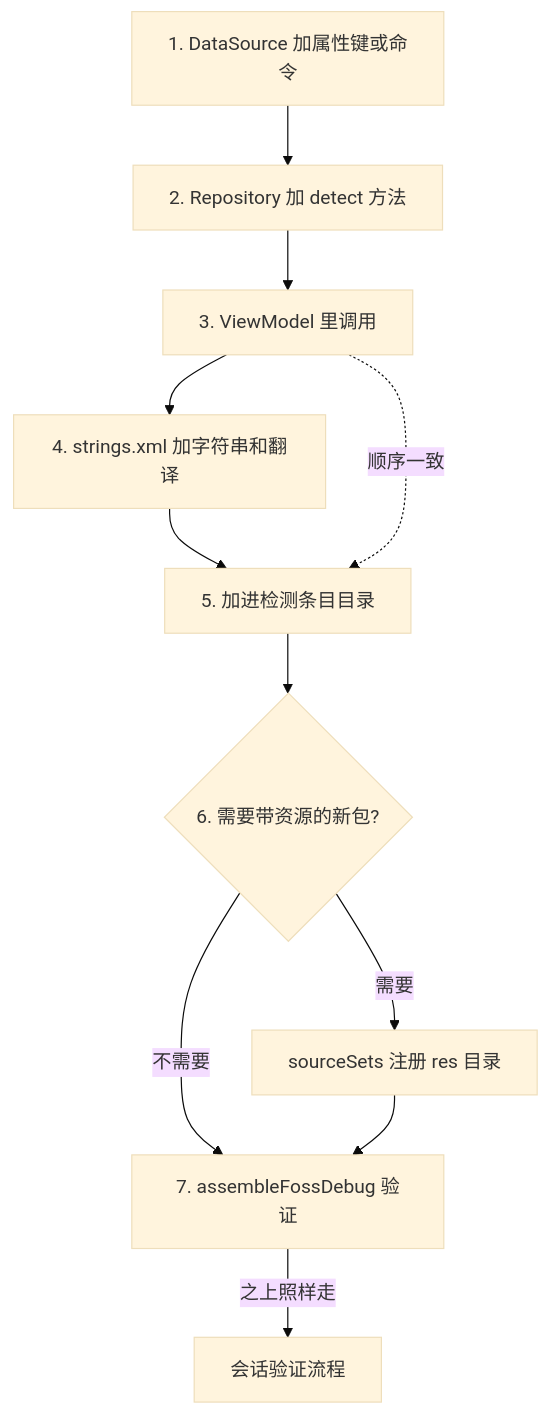
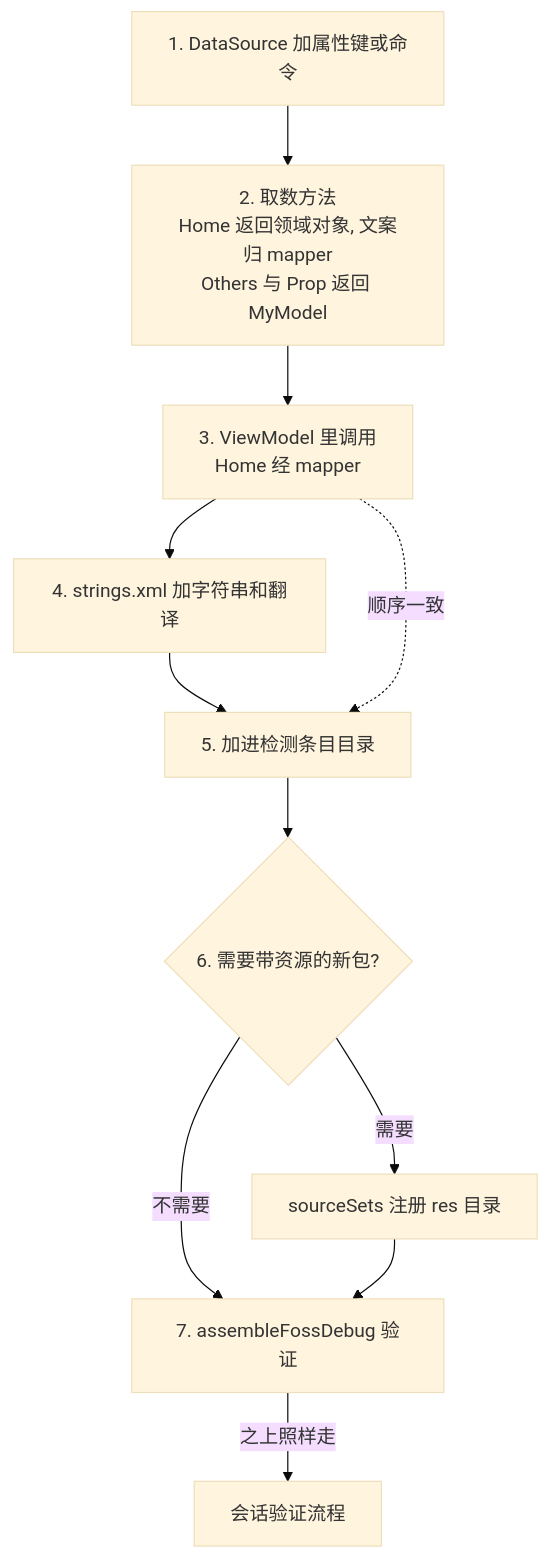
The diagram in docs/agents-cn/06-检测条目.md (imknown/AndroidLowLevelDetector), drawn with Mermaid (base theme) before and after one commit. The commit also changed other lines of this file and 1 other file, not shown here.

First line of the commit message:
docs(agents): split the detection-entry flow by page in 06

````diff
--- a/docs/agents-cn/06-检测条目.md
+++ b/docs/agents-cn/06-检测条目.md
@@ -24,13 +32,13 @@
 ```mermaid
 flowchart TD
-    S1[1. DataSource 加属性键或命令] --> S2[2. Repository 加 detect 方法]
-    S2 --> S3[3. ViewModel 里调用]
+    S1[1. DataSource 加属性键或命令] --> S2[2. 取数方法<br>Home 返回领域对象, 文案归 mapper<br>Others 与 Prop 返回 MyModel]
+    S2 --> S3[3. ViewModel 里调用<br>Home 经 mapper]
     S3 --> S4[4. strings.xml 加字符串和翻译]
     S4 --> S5[5. 加进检测条目目录]
     S3 -. 顺序一致 .-> S5
     S5 --> S6{6. 需要带资源的新包?}
     S6 -- 需要 --> R[sourceSets 注册 res 目录]
     S6 -- 不需要 --> S7[7. assembleFossDebug 验证]
     R --> S7
     S7 -- 之上照样走 --> V[会话验证流程]
 ```
````
